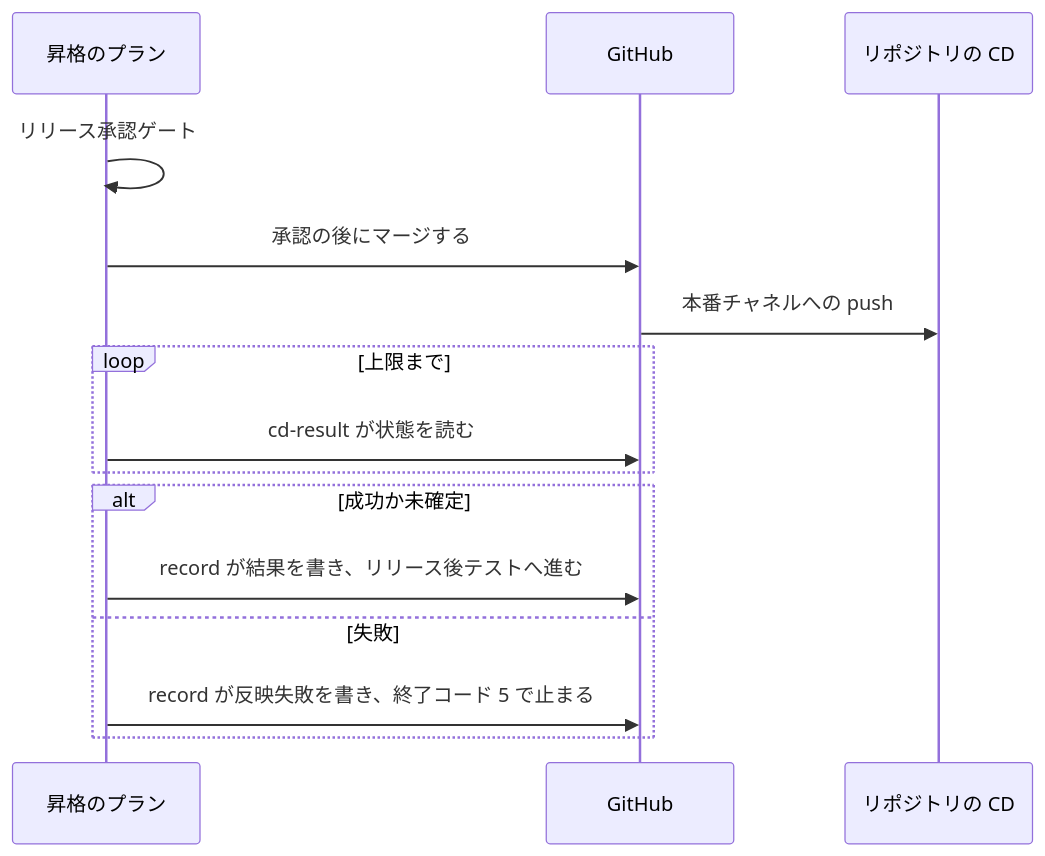
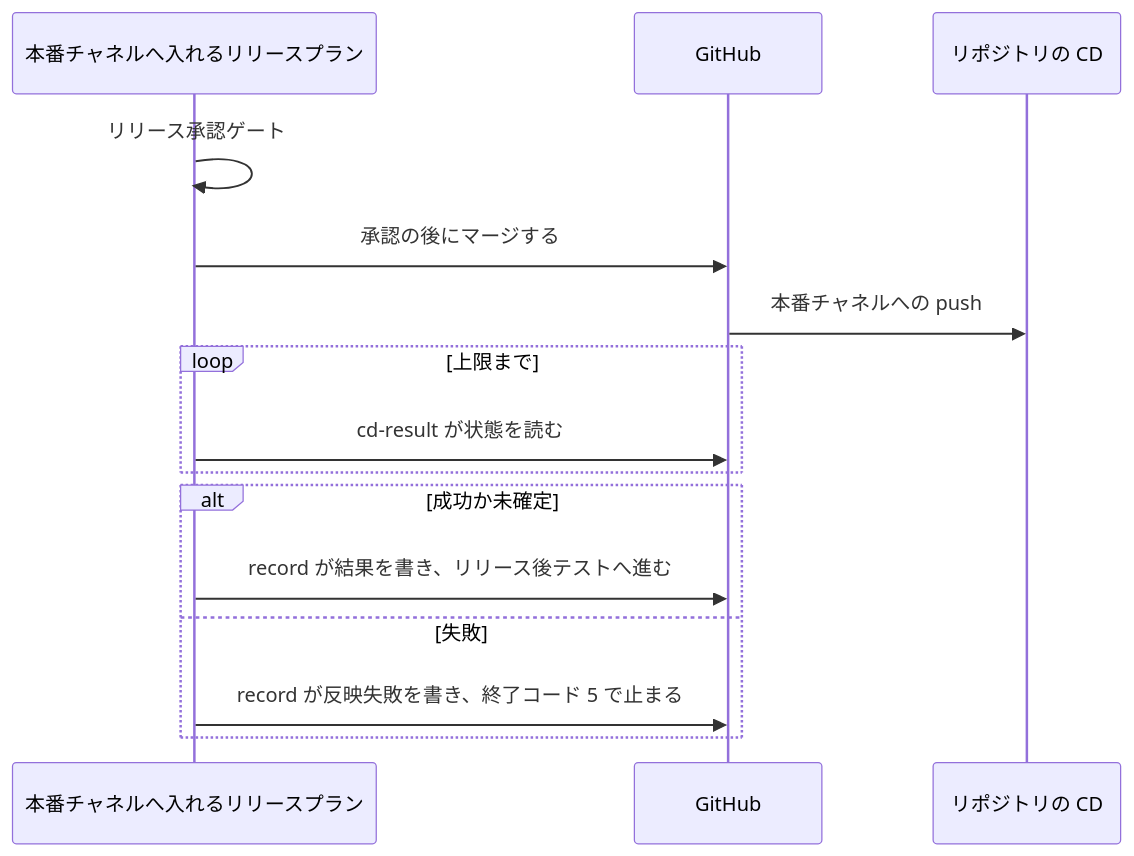
Before and after one commit to devbasex/ai-plugins: the third of 3 diagrams in docs/specifications/ndf-release-via-cd.md, drawn with Mermaid. The commit also changed other lines of this file and 11 other files, not shown here.

````diff
--- a/docs/specifications/ndf-release-via-cd.md
+++ b/docs/specifications/ndf-release-via-cd.md
@@ -211,17 +211,17 @@
 ```mermaid
 sequenceDiagram
-  participant P as 昇格のプラン
+  participant P as 本番チャネルへ入れるリリースプラン
   participant G as GitHub
   participant C as リポジトリの CD
   P->>P: リリース承認ゲート
   P->>G: 承認の後にマージする
   G->>C: 本番チャネルへの push
   loop 上限まで
     P->>G: cd-result が状態を読む
   end
   alt 成功か未確定
     P->>G: record が結果を書き、リリース後テストへ進む
   else 失敗
     P->>G: record が反映失敗を書き、終了コード 5 で止まる
   end
 ```
````
